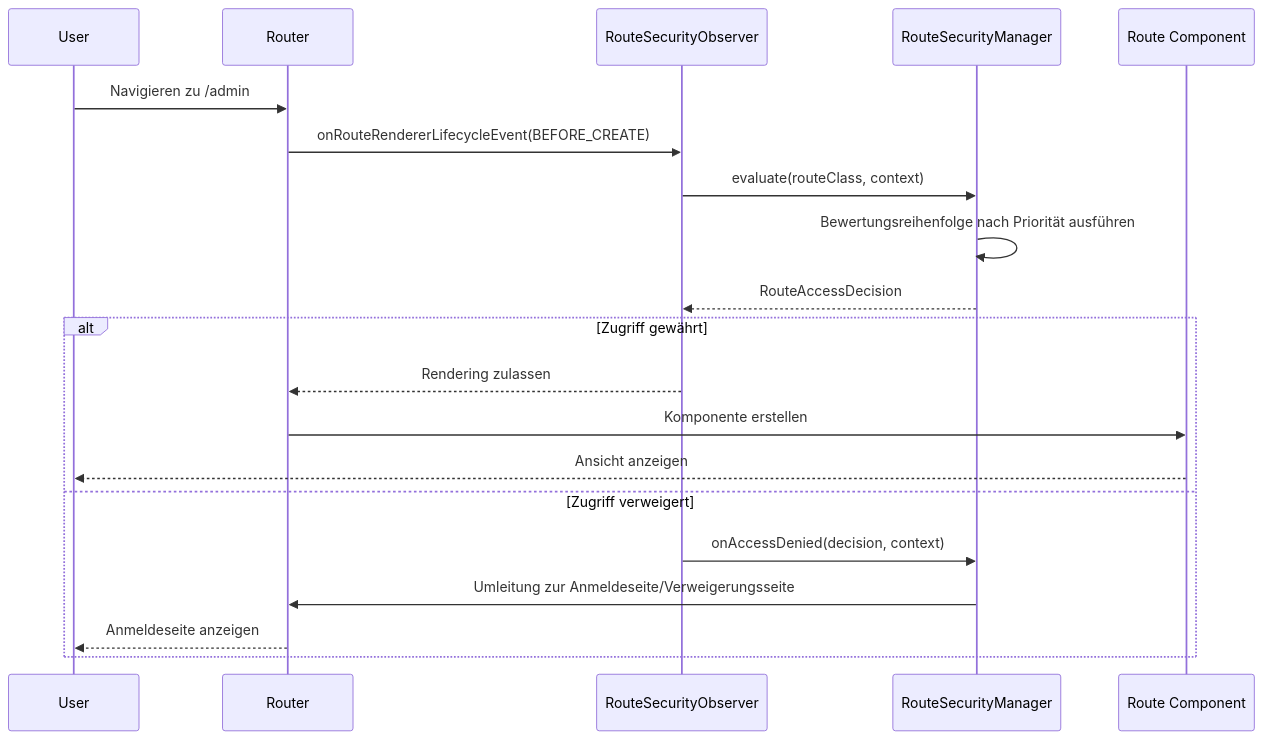
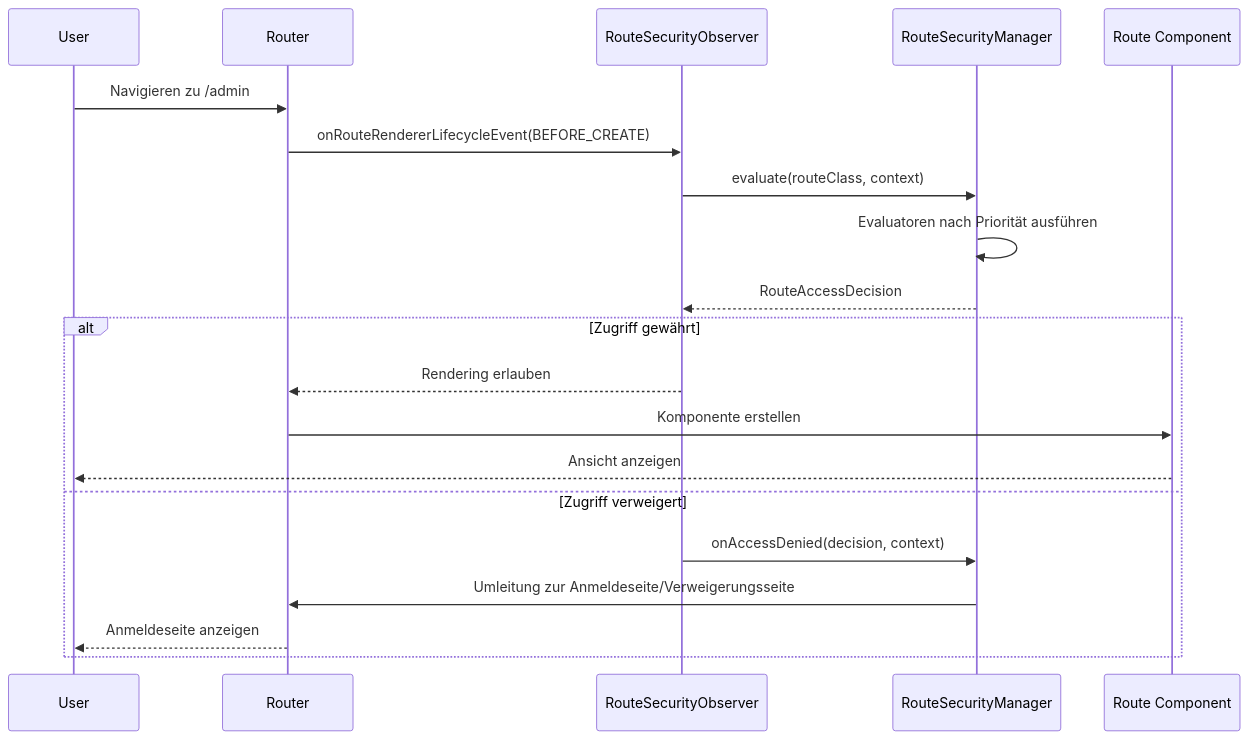
Before and after one commit to webforj/webforj-documentation: the diagram in docs/i18n/de/docusaurus-plugin-content-docs/current/security/architecture/navigation-flow.md, drawn with Mermaid. The commit also changed other lines of this file and 389 other files, not shown here.

````diff
--- a/docs/i18n/de/docusaurus-plugin-content-docs/current/security/architecture/navigation-flow.md
+++ b/docs/i18n/de/docusaurus-plugin-content-docs/current/security/architecture/navigation-flow.md
@@ -33,24 +33,24 @@
 ```mermaid
 sequenceDiagram
-    participant User
-    participant Router
-    participant Observer as RouteSecurityObserver
-    participant Manager as RouteSecurityManager
-    participant Component as Route Component
+  participant User
+  participant Router
+  participant Observer as RouteSecurityObserver
+  participant Manager as RouteSecurityManager
+  participant Component as Route Component
 
-    User->>Router: Navigieren zu /admin
-    Router->>Observer: onRouteRendererLifecycleEvent(BEFORE_CREATE)
-    Observer->>Manager: evaluate(routeClass, context)
-    Manager->>Manager: Bewertungsreihenfolge nach Priorität ausführen
-    Manager-->>Observer: RouteAccessDecision
+  User->>Router: Navigieren zu /admin
+  Router->>Observer: onRouteRendererLifecycleEvent(BEFORE_CREATE)
+  Observer->>Manager: evaluate(routeClass, context)
+  Manager->>Manager: Evaluatoren nach Priorität ausführen
+  Manager-->>Observer: RouteAccessDecision
 
-    alt Zugriff gewährt
-        Observer-->>Router: Rendering zulassen
-        Router->>Component: Komponente erstellen
-        Component-->>User: Ansicht anzeigen
-    else Zugriff verweigert
-        Observer->>Manager: onAccessDenied(decision, context)
-        Manager->>Router: Umleitung zur Anmeldeseite/Verweigerungsseite
-        Router-->>User: Anmeldeseite anzeigen
-    end
+  alt Zugriff gewährt
+    Observer-->>Router: Rendering erlauben
+    Router->>Component: Komponente erstellen
+    Component-->>User: Ansicht anzeigen
+  else Zugriff verweigert
+    Observer->>Manager: onAccessDenied(decision, context)
+    Manager->>Router: Umleitung zur Anmeldeseite/Verweigerungsseite
+    Router-->>User: Anmeldeseite anzeigen
+  end
 ```
````
